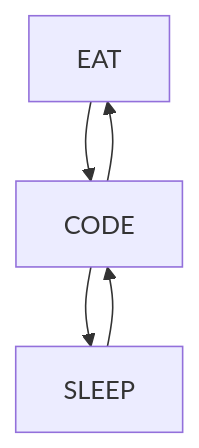
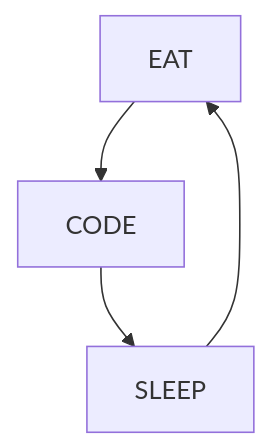
The diagram in README.md (mugund10/mugund10), drawn with Mermaid before and after one commit.

````diff
--- a/README.md
+++ b/README.md
@@ -7,7 +7,7 @@
 ```mermaid
 graph TD;
     EAT-->CODE;
     CODE-->SLEEP;
-    SLEEP-->CODE;
-    CODE-->EAT;
+    SLEEP-->EAT;
+    
 ```
````
